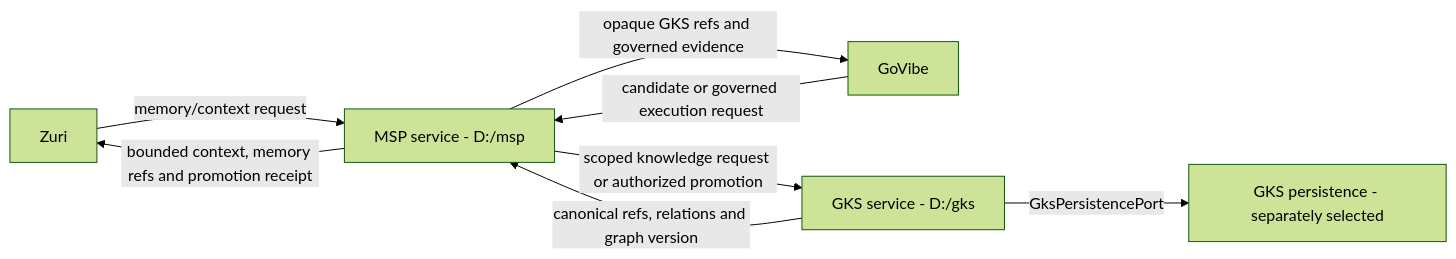
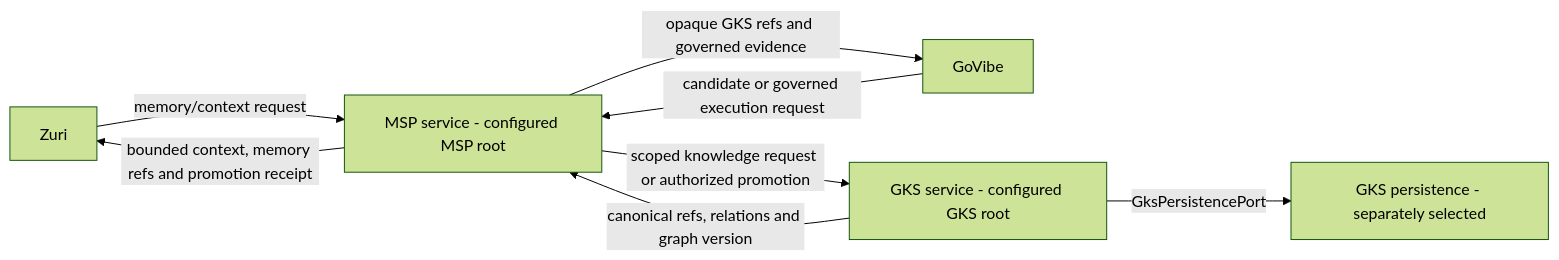
One commit to Freshair129/Genesis-Knowledge-System changed the diagram in docs/GKS-INTEGRATION-FLOW.md. Above: the diagram before and after it, drawn with Mermaid (forest theme). The commit also changed other lines of this file and 14 other files, not shown here.

Commit message:
docs: align GKS stage contracts flows and extension guidance

````diff
--- a/docs/GKS-INTEGRATION-FLOW.md
+++ b/docs/GKS-INTEGRATION-FLOW.md
@@ -19,10 +24,10 @@
 ```mermaid
 flowchart LR
-  Z["Zuri"] -->|"memory/context request"| MSP["MSP service - D:/msp"]
+  Z["Zuri"] -->|"memory/context request"| MSP["MSP service - configured MSP root"]
   GV["GoVibe"] -->|"candidate or governed execution request"| MSP
-  MSP -->|"scoped knowledge request or authorized promotion"| GKS["GKS service - D:/gks"]
+  MSP -->|"scoped knowledge request or authorized promotion"| GKS["GKS service - configured GKS root"]
   GKS -->|"GksPersistencePort"| STORE["GKS persistence - separately selected"]
   GKS -->|"canonical refs, relations and graph version"| MSP
   MSP -->|"bounded context, memory refs and promotion receipt"| Z
   MSP -->|"opaque GKS refs and governed evidence"| GV
 ```
````
